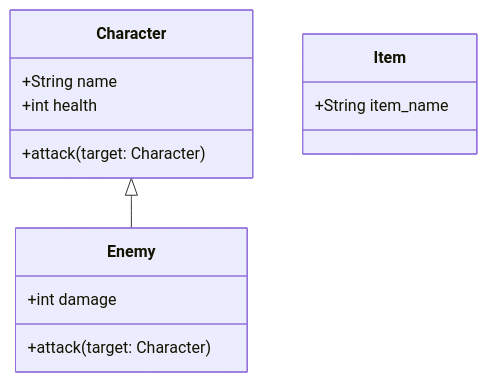
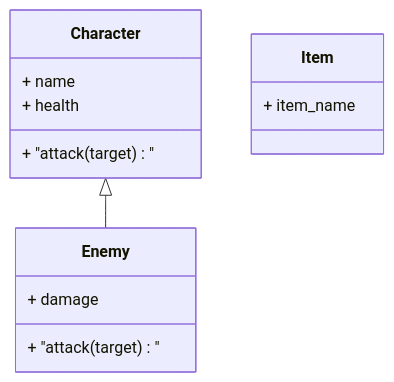
Before and after one commit to 42jerrykim/42jerrykim.github.io: diagram 13 of 15 in content/post/2024/2024-11-08-python-oop/index.md, drawn with Mermaid. The commit also changed other lines of this file and 239 other files, not shown here.

````diff
--- a/content/post/2024/2024-11-08-python-oop/index.md
+++ b/content/post/2024/2024-11-08-python-oop/index.md
@@ -925,16 +971,16 @@
 ```mermaid
 classDiagram
     class Character {
-        +String name
-        +int health
-        +attack(target: Character)
+        + name
+        + health
+        + "attack(target)"
     }
     class Item {
-        +String item_name
+        + item_name
     }
     class Enemy {
-        +int damage
-        +attack(target: Character)
+        + damage
+        + "attack(target)"
     }
     Character <|-- Enemy
 ```
````
